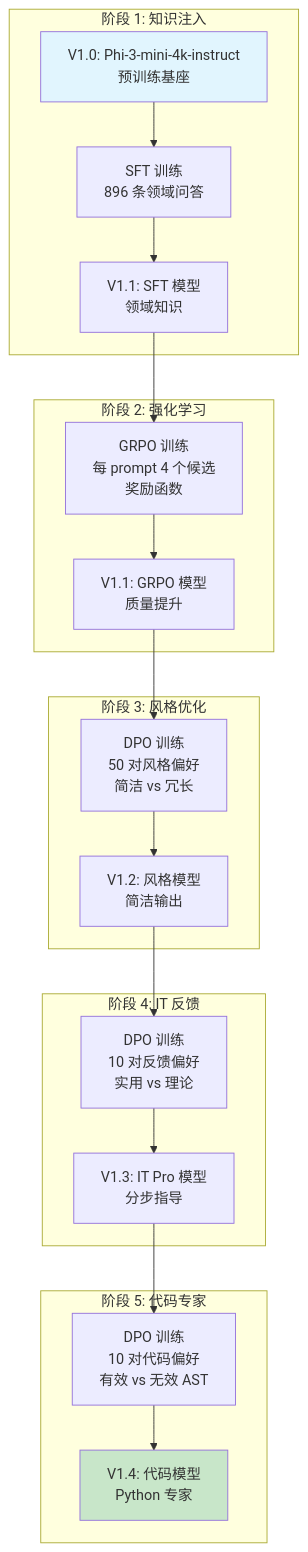
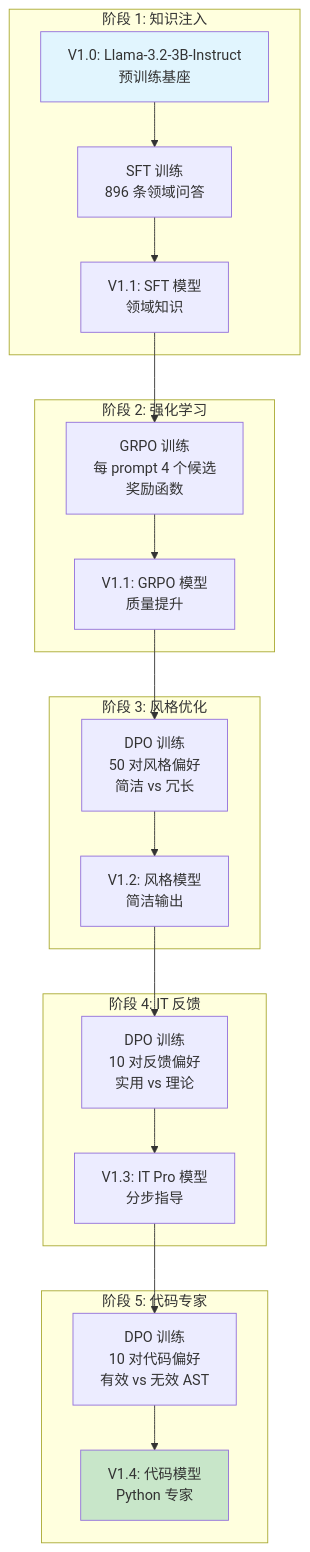
The diagram in Deep-Learning/AIPC-Agent-Training/README-CN.md (david-xinyuwei/david-share), drawn with Mermaid before and after one commit. The commit also changed other lines of this file and 11 other files, not shown here.

````diff
--- a/Deep-Learning/AIPC-Agent-Training/README-CN.md
+++ b/Deep-Learning/AIPC-Agent-Training/README-CN.md
@@ -36,36 +36,36 @@
 ```mermaid
 graph TB
     subgraph "阶段 1: 知识注入"
-        V0[V1.0: Phi-3-mini-4k-instruct<br/>预训练基座]
+        V0[V1.0: Llama-3.2-3B-Instruct<br/>预训练基座]
         SFT[SFT 训练<br/>896 条领域问答]
         V1[V1.1: SFT 模型<br/>领域知识]
         V0 --> SFT --> V1
     end
     
     subgraph "阶段 2: 强化学习"
         GRPO[GRPO 训练<br/>每 prompt 4 个候选<br/>奖励函数]
         V1_GRPO[V1.1: GRPO 模型<br/>质量提升]
         V1 --> GRPO --> V1_GRPO
     end
     
     subgraph "阶段 3: 风格优化"
         DPO1[DPO 训练<br/>50 对风格偏好<br/>简洁 vs 冗长]
         V2[V1.2: 风格模型<br/>简洁输出]
         V1_GRPO --> DPO1 --> V2
     end
     
     subgraph "阶段 4: IT 反馈"
         DPO2[DPO 训练<br/>10 对反馈偏好<br/>实用 vs 理论]
         V3[V1.3: IT Pro 模型<br/>分步指导]
         V2 --> DPO2 --> V3
     end
     
     subgraph "阶段 5: 代码专家"
         DPO3[DPO 训练<br/>10 对代码偏好<br/>有效 vs 无效 AST]
         V4[V1.4: 代码模型<br/>Python 专家]
         V3 --> DPO3 --> V4
     end
     
     style V0 fill:#e1f5fe
     style V4 fill:#c8e6c9
 ```
````
